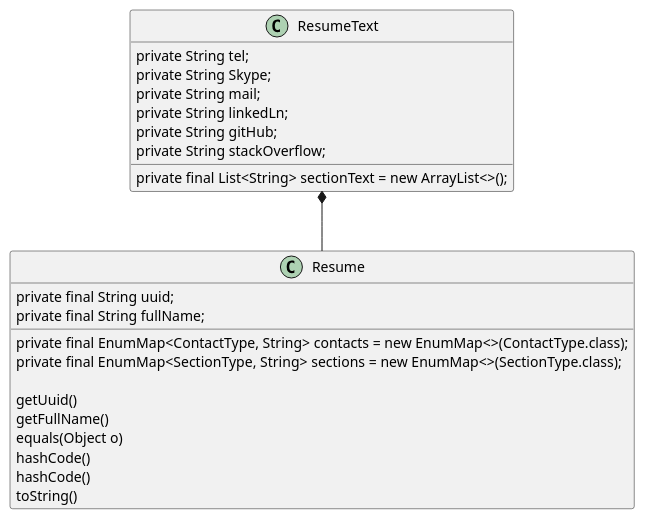
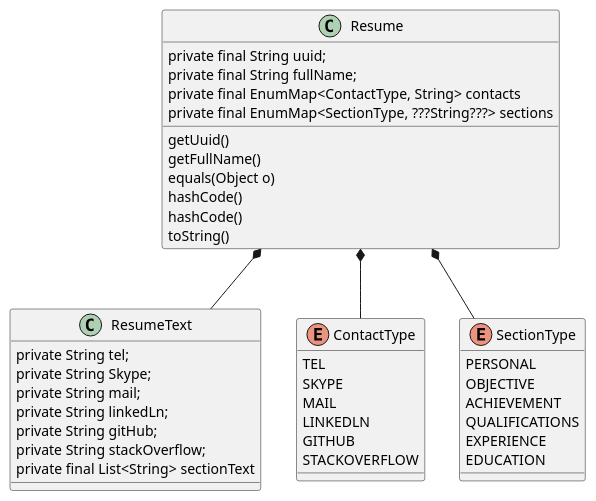
Before and after one commit to VitalyG1983/basejava: the diagram in src/com/urise/webapp/model/ResumeUML.puml, drawn with PlantUML. The commit also changed 3 other files, not shown here.

Commit message:
HW07 UML diag first step

```diff
--- a/src/com/urise/webapp/model/ResumeUML.puml
+++ b/src/com/urise/webapp/model/ResumeUML.puml
@@ -1,32 +1,46 @@
 @startuml
 'https://plantuml.com/class-diagram
-
+   Resume  *--  ResumeText
  class Resume {
     private final String uuid;
     private final String fullName;
-    private final EnumMap<ContactType, String> contacts = new EnumMap<>(ContactType.class);
-    private final EnumMap<SectionType, String> sections = new EnumMap<>(SectionType.class);
-
+    private final EnumMap<ContactType, String> contacts
+    private final EnumMap<SectionType, ???String???> sections
      getUuid()
      getFullName()
      equals(Object o)
      hashCode()
      hashCode()
      toString()
 }
- ResumeText *--  Resume
+
+ Resume  *-- ContactType
+ enum ContactType{
+     TEL
+     SKYPE
+     MAIL
+     LINKEDLN
+     GITHUB
+     STACKOVERFLOW
+ }
+
+Resume  *-- SectionType
+ enum SectionType{
+      PERSONAL
+      OBJECTIVE
+      ACHIEVEMENT
+      QUALIFICATIONS
+      EXPERIENCE
+      EDUCATION
+ }
+
      class ResumeText {
         private String tel;
         private String Skype;
         private String mail;
         private String linkedLn;
         private String gitHub;
         private String stackOverflow;
-
-        private final List<String> sectionText = new ArrayList<>();
-
+        private final List<String> sectionText
     }
-
-
-
 @enduml
```
